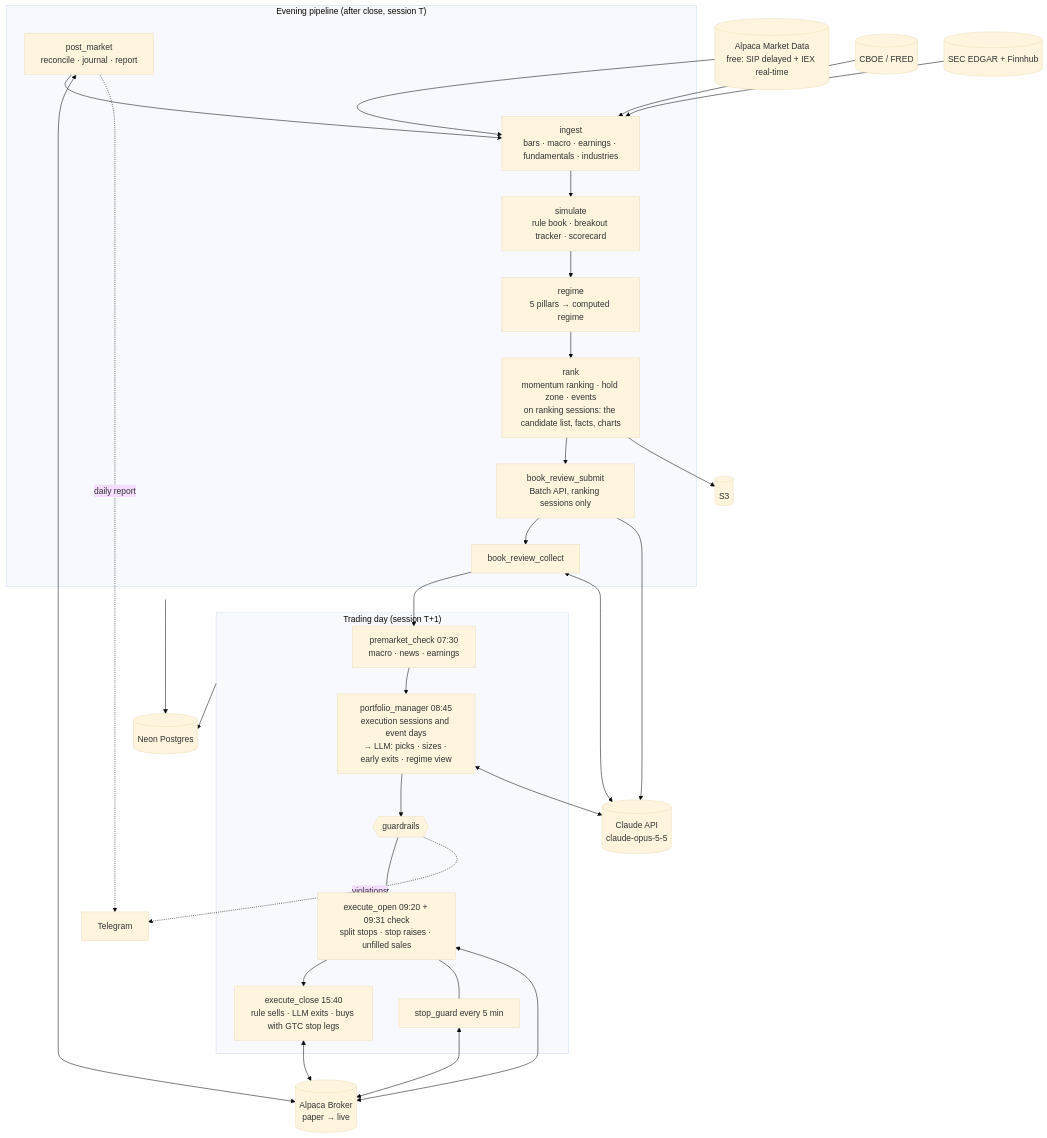
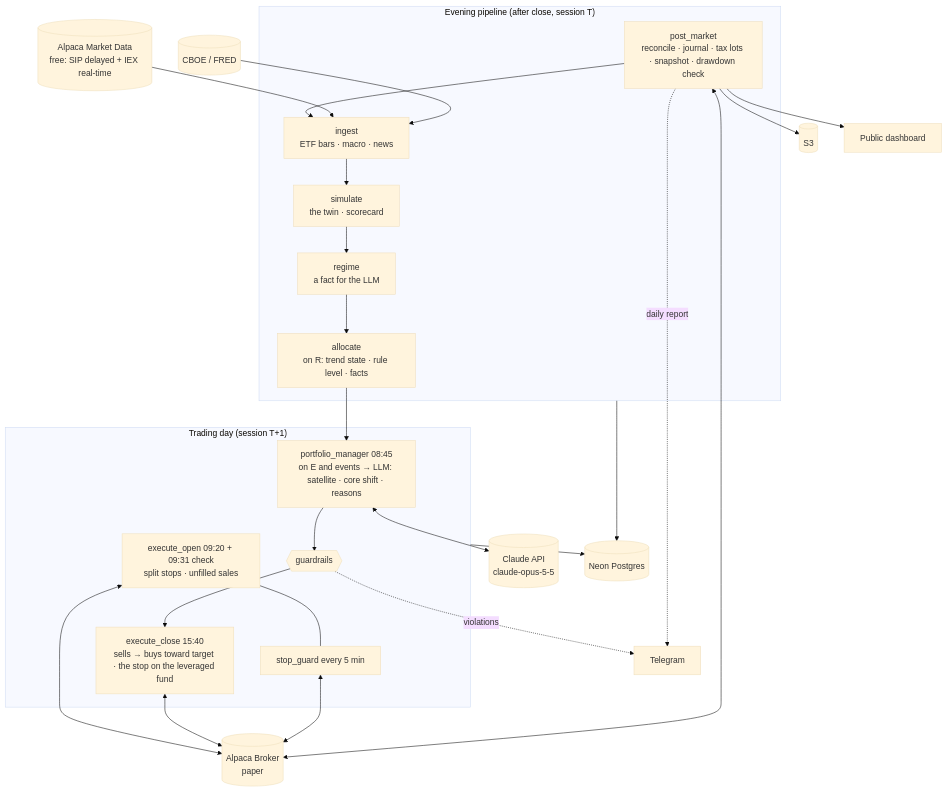
The diagram in README.md (Dima252/AuraTrade), drawn with Mermaid (base theme) before and after one commit. The commit also changed other lines of this file and 11 other files, not shown here.

First line of the commit message:
Task 3.17: the portfolio manager's spec (#153-#156)

````diff
--- a/README.md
+++ b/README.md
@@ -54,51 +54,46 @@
 ```mermaid
 flowchart TD
     subgraph EVE["Evening pipeline (after close, session T)"]
-        PM1[post_market<br/>reconcile · journal · report]
-        ING[ingest<br/>bars · macro · earnings · fundamentals · industries]
-        SIM[simulate<br/>rule book · breakout tracker · scorecard]
-        REG[regime<br/>5 pillars → computed regime]
-        RNK[rank<br/>momentum ranking · hold zone · events<br/>on ranking sessions: the candidate list, facts, charts]
-        BRS[book_review_submit<br/>Batch API, ranking sessions only]
-        BRC[book_review_collect]
-        PM1 --> ING --> SIM --> REG --> RNK --> BRS --> BRC
+        PM1[post_market<br/>reconcile · journal · tax lots · snapshot · drawdown check]
+        ING[ingest<br/>ETF bars · macro · news]
+        SIM[simulate<br/>the twin · scorecard]
+        REG[regime<br/>a fact for the LLM]
+        ALC[allocate<br/>on R: trend state · rule level · facts]
+        PM1 --> ING --> SIM --> REG --> ALC
     end
 
     subgraph DAY["Trading day (session T+1)"]
-        PRE[premarket_check 07:30<br/>macro · news · earnings]
-        PMG[portfolio_manager 08:45<br/>execution sessions and event days<br/>→ LLM: picks · sizes · early exits · regime view]
+        PMG[portfolio_manager 08:45<br/>on E and events → LLM: satellite · core shift · reasons]
         GR{{guardrails}}
-        EXO[execute_open 09:20 + 09:31 check<br/>split stops · stop raises · unfilled sales]
-        EXC[execute_close 15:40<br/>rule sells · LLM exits · buys with GTC stop legs]
+        EXO[execute_open 09:20 + 09:31 check<br/>split stops · unfilled sales]
+        EXC[execute_close 15:40<br/>sells → buys toward target · the stop on the leveraged fund]
         SG[stop_guard every 5 min]
-        PRE --> PMG --> GR --> EXO --> EXC
+        PMG --> GR --> EXC
         EXO --- SG
     end
 
-    BRC --> PRE
+    ALC --> PMG
 
     ALPD[(Alpaca Market Data<br/>free: SIP delayed + IEX real-time)]
-    ALPB[(Alpaca Broker<br/>paper → live)]
+    ALPB[(Alpaca Broker<br/>paper)]
     MAC[(CBOE / FRED)]
-    FUN[(SEC EDGAR + Finnhub)]
     CL[(Claude API<br/>claude-opus-5-5)]
     DB[(Neon Postgres)]
     S3[(S3)]
     TG[Telegram]
+    WEB[Public dashboard]
 
     ALPD --> ING
     MAC --> ING
-    FUN --> ING
-    BRS --> CL
-    BRC <--> CL
     PMG <--> CL
     EXO <--> ALPB
     EXC <--> ALPB
     SG <--> ALPB
     PM1 <--> ALPB
     EVE --> DB
     DAY --> DB
-    RNK --> S3
+    PM1 --> S3
+    PM1 --> WEB
     GR -. violations .-> TG
     PM1 -. daily report .-> TG
 ```
````
